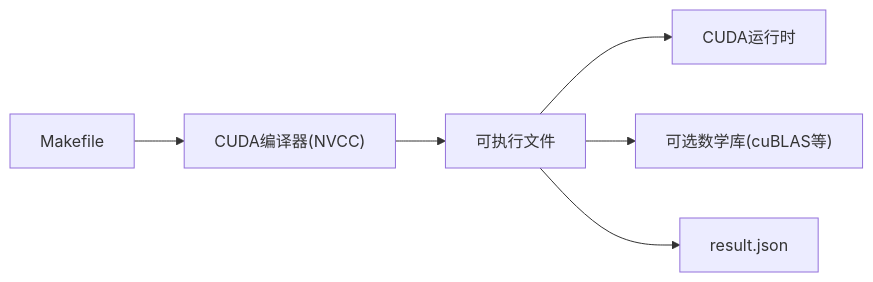
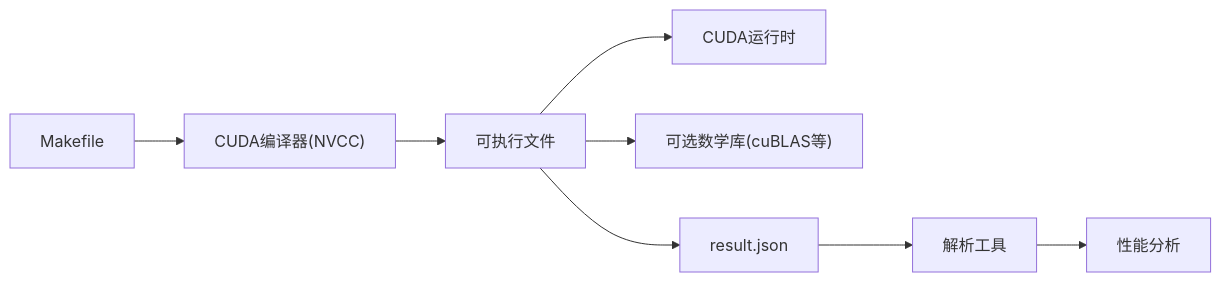
The fourth of 4 diagrams in .qoder/repowiki/zh/content/技术实现/结果输出格式.md (Bitllion/gemm_benchmark), drawn with Mermaid before and after one commit. The commit also changed other lines of this file and 5 other files, not shown here.

````diff
--- a/.qoder/repowiki/zh/content/技术实现/结果输出格式.md
+++ b/.qoder/repowiki/zh/content/技术实现/结果输出格式.md
@@ -173,8 +194,10 @@
 ```mermaid
 graph LR
 Make["Makefile"] --> NVCC["CUDA编译器(NVCC)"]
 NVCC --> Bin["可执行文件"]
 Bin --> CUDA_RT["CUDA运行时"]
 Bin --> Libs["可选数学库(cuBLAS等)"]
 Bin --> JSON["result.json"]
+JSON --> Tools["解析工具"]
+Tools --> Analysis["性能分析"]
 ```
````
